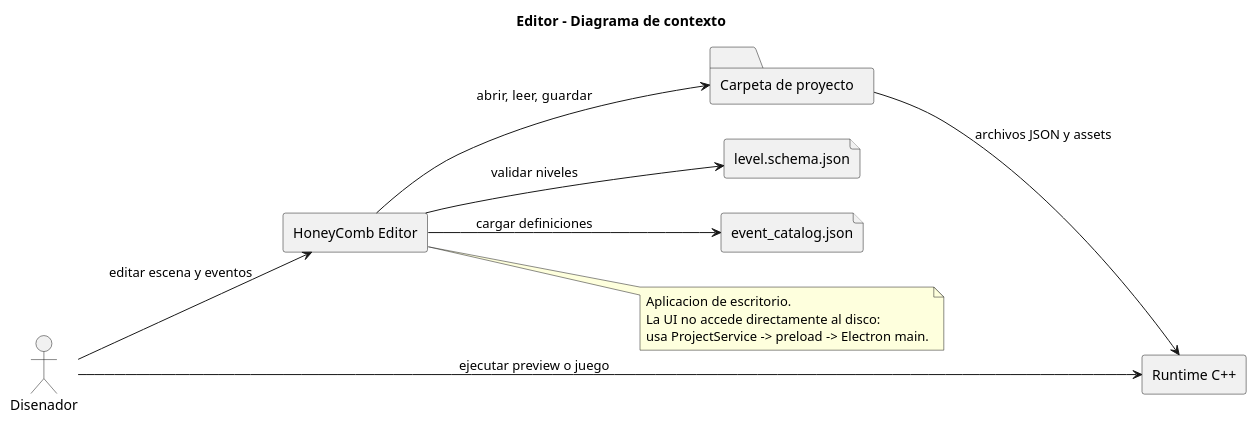
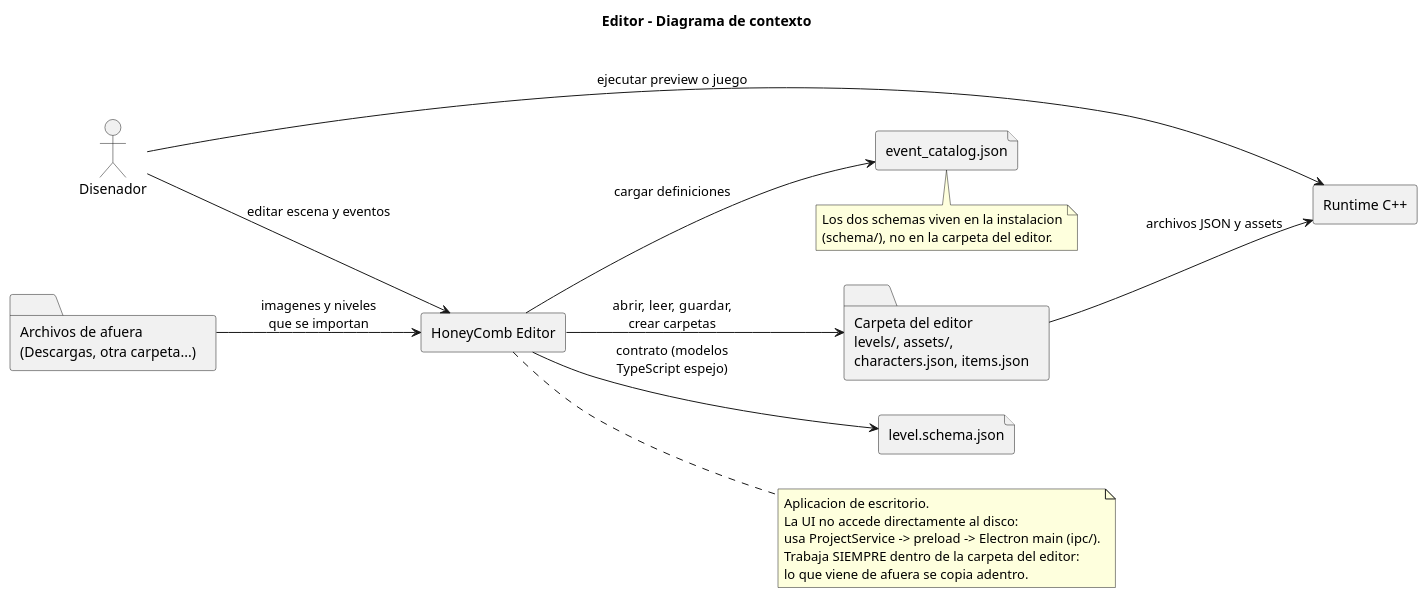
One commit to dannn-36/HoneyCombEngine-PlataformaNoCode-2.5D changed the diagram in docs/architecture/editor-context.puml. Above: the diagram before and after it, drawn with PlantUML. The commit also changed 59 other files, not shown here.

First line of the commit message:
Refactorizar el espacio de trabajo del editor y la canalización de recursos

```diff
--- a/docs/architecture/editor-context.puml
+++ b/docs/architecture/editor-context.puml
@@ -1,25 +1,34 @@
 @startuml editor-context
 title Editor - Diagrama de contexto
 left to right direction
 skinparam componentStyle rectangle
 
 actor "Disenador" as designer
 rectangle "HoneyComb Editor" as editor
-folder "Carpeta de proyecto" as project
+folder "Carpeta del editor\nlevels/, assets/,\ncharacters.json, items.json" as project
+folder "Archivos de afuera\n(Descargas, otra carpeta...)" as outside
 file "level.schema.json" as levelSchema
 file "event_catalog.json" as eventSchema
 rectangle "Runtime C++" as runtime
 
 designer --> editor : editar escena y eventos
-editor --> project : abrir, leer, guardar
-editor --> levelSchema : validar niveles
+editor --> project : abrir, leer, guardar,\ncrear carpetas
+outside --> editor : imagenes y niveles\nque se importan
+editor --> levelSchema : contrato (modelos\nTypeScript espejo)
 editor --> eventSchema : cargar definiciones
 project --> runtime : archivos JSON y assets
 designer --> runtime : ejecutar preview o juego
 
 note right of editor
 Aplicacion de escritorio.
 La UI no accede directamente al disco:
-usa ProjectService -> preload -> Electron main.
+usa ProjectService -> preload -> Electron main (ipc/).
+Trabaja SIEMPRE dentro de la carpeta del editor:
+lo que viene de afuera se copia adentro.
+end note
+
+note bottom of eventSchema
+Los dos schemas viven en la instalacion
+(schema/), no en la carpeta del editor.
 end note
 @enduml
```
